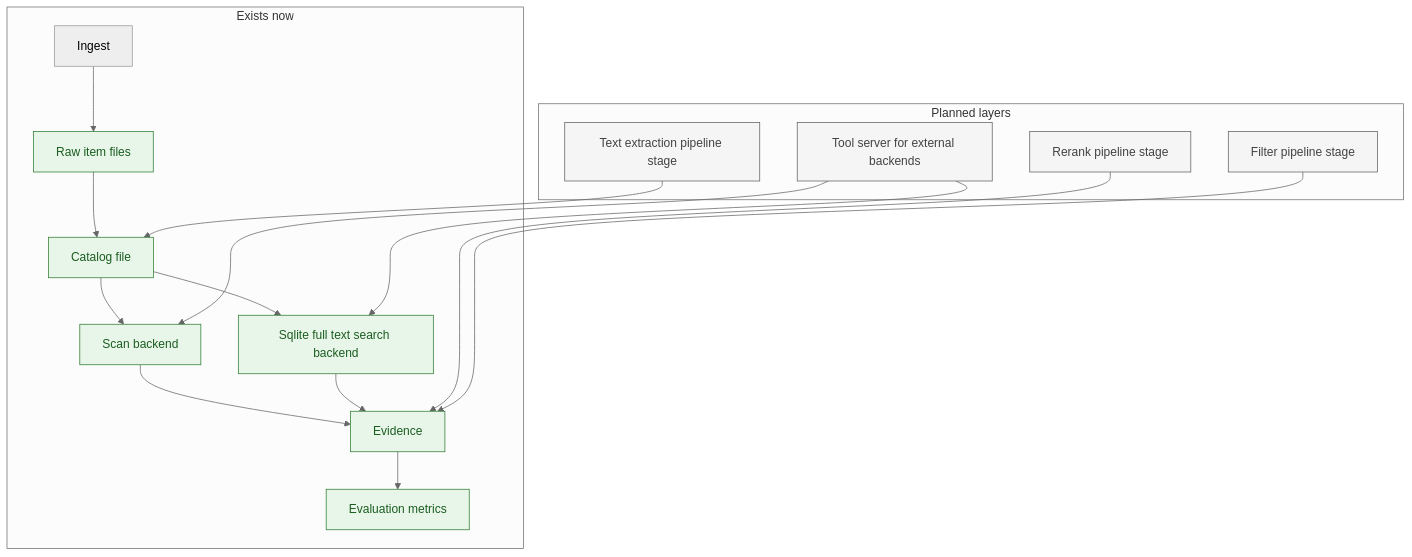
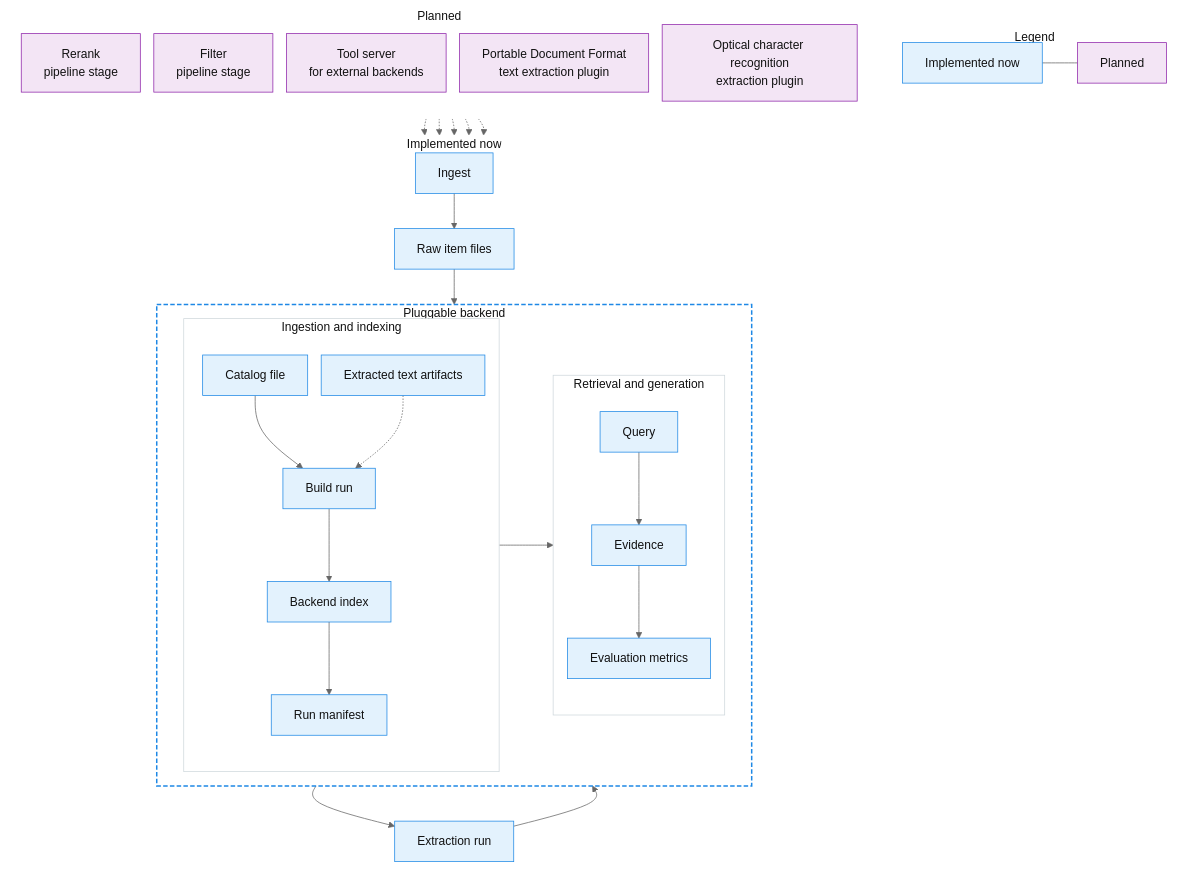
Before and after one commit to AnthusAI/Biblicus: the diagram in docs/NEXT_STEPS.md, drawn with Mermaid (neutral theme). The commit also changed other lines of this file and 47 other files, not shown here.

First line of the commit message:
feat: add corpus workflows and extraction pipeline

````diff
--- a/docs/NEXT_STEPS.md
+++ b/docs/NEXT_STEPS.md
@@ -11,32 +11,82 @@
 ```mermaid
-flowchart TD
-  subgraph Exists now
-    A[Ingest] --> B[Raw item files]
-    B --> C[Catalog file]
-    C --> D[Scan backend]
-    C --> E[Sqlite full text search backend]
-    D --> F[Evidence]
-    E --> F
-    F --> G[Evaluation metrics]
+%%{init: {"flowchart": {"useMaxWidth": true, "nodeSpacing": 18, "rankSpacing": 22}}}%%
+flowchart TB
+  subgraph Legend[Legend]
+    direction LR
+    LegendNow[Implemented now]
+    LegendPlanned[Planned]
+    LegendNow --- LegendPlanned
   end
 
-  subgraph Planned layers
-    P1[Text extraction pipeline stage] --> C
-    P2[Rerank pipeline stage] --> F
-    P3[Filter pipeline stage] --> F
-    P4[Tool server for external backends] --> D
-    P4 --> E
+  subgraph ExistsNow[Implemented now]
+    direction TB
+
+    Ingest[Ingest] --> RawFiles[Raw item files]
+    RawFiles --> CatalogFile[Catalog file]
+    CatalogFile --> ExtractionRun[Extraction run]
+    ExtractionRun --> ExtractedText[Extracted text artifacts]
+
+    subgraph PluggableBackend[Pluggable backend]
+      direction LR
+
+      subgraph BackendIngestionIndexing[Ingestion and indexing]
+        direction TB
+        CatalogFile --> BuildRun[Build run]
+        ExtractedText -.-> BuildRun
+        BuildRun --> BackendIndex[Backend index]
+        BackendIndex --> RunManifest[Run manifest]
+      end
+
+      subgraph BackendRetrievalGeneration[Retrieval and generation]
+        direction TB
+        RunManifest --> Query[Query]
+        Query --> Evidence[Evidence]
+        Evidence --> EvaluationMetrics[Evaluation metrics]
+      end
+    end
   end
 
-  style B fill:#e8f5e9,stroke:#2e7d32,color:#1b5e20
-  style C fill:#e8f5e9,stroke:#2e7d32,color:#1b5e20
-  style D fill:#e8f5e9,stroke:#2e7d32,color:#1b5e20
-  style E fill:#e8f5e9,stroke:#2e7d32,color:#1b5e20
-  style F fill:#e8f5e9,stroke:#2e7d32,color:#1b5e20
-  style G fill:#e8f5e9,stroke:#2e7d32,color:#1b5e20
+  subgraph PlannedLayers[Planned]
+    direction TB
+    RerankStage[Rerank<br/>pipeline stage]
+    FilterStage[Filter<br/>pipeline stage]
+    ToolServer[Tool server<br/>for external backends]
+    PdfTextExtraction[Portable Document Format<br/>text extraction plugin]
+    OpticalCharacterRecognition[Optical character recognition<br/>extraction plugin]
+  end
 
-  style P1 fill:#f5f5f5,stroke:#616161,color:#424242
-  style P2 fill:#f5f5f5,stroke:#616161,color:#424242
-  style P3 fill:#f5f5f5,stroke:#616161,color:#424242
-  style P4 fill:#f5f5f5,stroke:#616161,color:#424242
+  PdfTextExtraction -.-> ExtractionRun
+  OpticalCharacterRecognition -.-> ExtractionRun
+  RerankStage -.-> Evidence
+  FilterStage -.-> Evidence
+  ToolServer -.-> PluggableBackend
+
+  style Legend fill:#ffffff,stroke:#ffffff,color:#111111
+  style ExistsNow fill:#ffffff,stroke:#ffffff,color:#111111
+  style PlannedLayers fill:#ffffff,stroke:#ffffff,color:#111111
+
+  style LegendNow fill:#e3f2fd,stroke:#1e88e5,color:#111111
+  style LegendPlanned fill:#f3e5f5,stroke:#8e24aa,color:#111111
+
+  style Ingest fill:#e3f2fd,stroke:#1e88e5,color:#111111
+  style RawFiles fill:#e3f2fd,stroke:#1e88e5,color:#111111
+  style CatalogFile fill:#e3f2fd,stroke:#1e88e5,color:#111111
+  style ExtractionRun fill:#e3f2fd,stroke:#1e88e5,color:#111111
+  style ExtractedText fill:#e3f2fd,stroke:#1e88e5,color:#111111
+  style BuildRun fill:#e3f2fd,stroke:#1e88e5,color:#111111
+  style BackendIndex fill:#e3f2fd,stroke:#1e88e5,color:#111111
+  style RunManifest fill:#e3f2fd,stroke:#1e88e5,color:#111111
+  style Query fill:#e3f2fd,stroke:#1e88e5,color:#111111
+  style Evidence fill:#e3f2fd,stroke:#1e88e5,color:#111111
+  style EvaluationMetrics fill:#e3f2fd,stroke:#1e88e5,color:#111111
+
+  style PluggableBackend fill:#ffffff,stroke:#1e88e5,stroke-dasharray:6 3,stroke-width:2px,color:#111111
+  style BackendIngestionIndexing fill:#ffffff,stroke:#cfd8dc,color:#111111
+  style BackendRetrievalGeneration fill:#ffffff,stroke:#cfd8dc,color:#111111
+
+  style RerankStage fill:#f3e5f5,stroke:#8e24aa,color:#111111
+  style FilterStage fill:#f3e5f5,stroke:#8e24aa,color:#111111
+  style ToolServer fill:#f3e5f5,stroke:#8e24aa,color:#111111
+  style PdfTextExtraction fill:#f3e5f5,stroke:#8e24aa,color:#111111
+  style OpticalCharacterRecognition fill:#f3e5f5,stroke:#8e24aa,color:#111111
 ```
````
